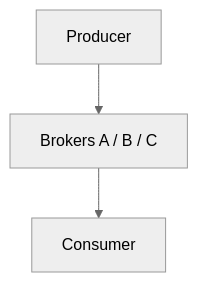
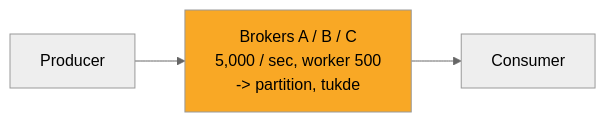
Before and after one commit to ArpanMaheshwari144/Prep: the third of 12 diagrams in 04_HLD/SYSTEM_DESIGNS/12_message_queue_kafka/12_message_queue_kafka.md, drawn with Mermaid (neutral theme). The commit also changed other lines of this file and 2 other files, not shown here.

Commit message:
docs, kafka, banking: one-day story, short cards, follow-ups with rules, highlighted diagrams

````diff
--- a/04_HLD/SYSTEM_DESIGNS/12_message_queue_kafka/12_message_queue_kafka.md
+++ b/04_HLD/SYSTEM_DESIGNS/12_message_queue_kafka/12_message_queue_kafka.md
@@ -108,8 +118,9 @@
 ```mermaid
-flowchart TD
-    n_Producer["Producer"]
-    n_Brokers_A_B_C["Brokers A / B / C"]
-    n_Consumer["Consumer"]
-    n_Producer --> n_Brokers_A_B_C
-    n_Brokers_A_B_C --> n_Consumer
+flowchart LR
+    n_P["Producer"]
+    n_B["Brokers A / B / C<br/>5,000 / sec, worker 500<br/>-> partition, tukde"]
+    n_C["Consumer"]
+    n_P --> n_B
+    n_B --> n_C
+    style n_B fill:#f9a825,color:#000
 ```
````
